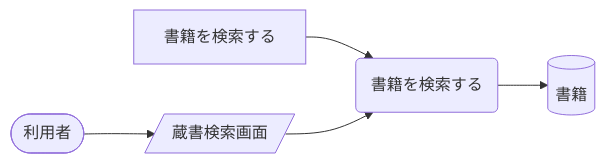
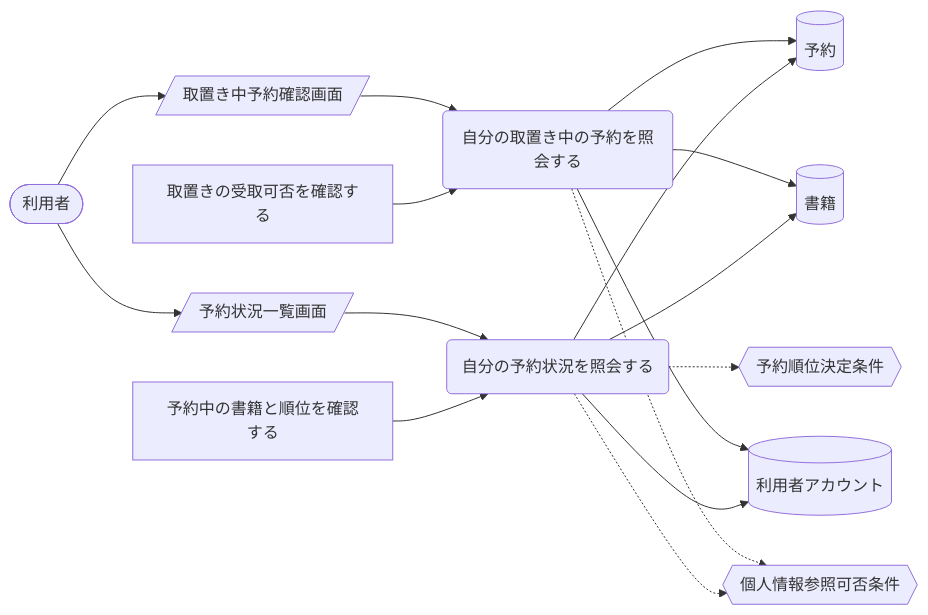
One commit to suwa-sh/suwa-sh-claude-plugins changed diagram 11 of 13 in samples/distillery/pipeline/rdra/latest/views/04_UC複合図.md. Above: the diagram before and after it, drawn with Mermaid. The commit also changed other lines of this file and 1723 other files, not shown here.

````diff
--- a/samples/distillery/pipeline/rdra/latest/views/04_UC複合図.md
+++ b/samples/distillery/pipeline/rdra/latest/views/04_UC複合図.md
@@ -215,12 +595,30 @@
 ```mermaid
 graph LR
-  UC1("書籍を検索する")
-  AT1["書籍を検索する"]
-  IF1[("書籍")]
-  SC1[/"蔵書検索画面"/]
+  UC1("自分の予約状況を照会する")
+  AT1["予約中の書籍と順位を確認する"]
+  IF1[("予約")]
+  IF2[("書籍")]
+  IF3[("利用者アカウント")]
+  CD1{{"個人情報参照可否条件"}}
+  CD2{{"予約順位決定条件"}}
+  SC1[/"予約状況一覧画面"/]
   AC1(["利用者"])
+  UC2("自分の取置き中の予約を照会する")
+  AT2["取置きの受取可否を確認する"]
+  SC2[/"取置き中予約確認画面"/]
   AT1 --> UC1
   UC1 --> IF1
+  UC1 --> IF2
+  UC1 --> IF3
+  UC1 -.-> CD1
+  UC1 -.-> CD2
   AC1 --> SC1
   SC1 --> UC1
+  AT2 --> UC2
+  UC2 --> IF1
+  UC2 --> IF2
+  UC2 --> IF3
+  UC2 -.-> CD1
+  AC1 --> SC2
+  SC2 --> UC2
 ```
````
